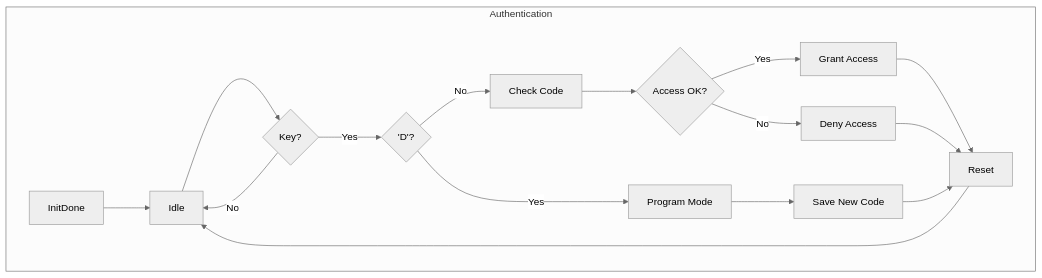
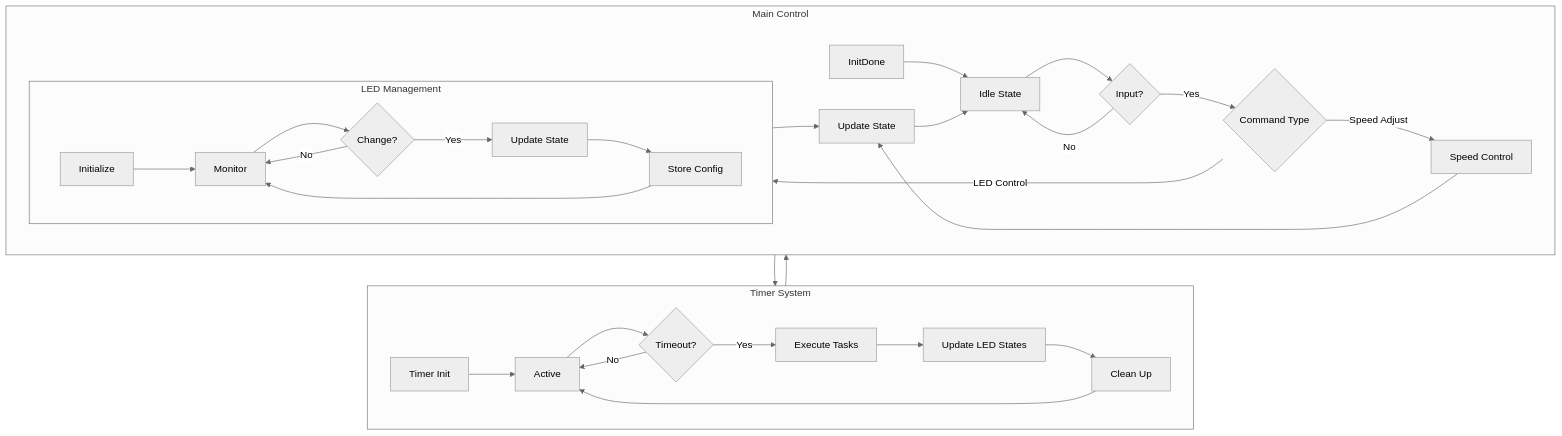
Before and after one commit to huntrese/Embedded_systems: the seventh of 7 diagrams in README.md, drawn with Mermaid (neutral theme). The commit also changed other lines of this file and 19 other files, not shown here.

````diff
--- a/README.md
+++ b/README.md
@@ -685,20 +706,43 @@
 ```mermaid
 flowchart TD
     
-    %% Authentication Loop (Bottom)
-    subgraph Auth["Authentication"]
+    %% Main Control Loop (Top)
+    subgraph Main["Main Control"]
         direction LR
-        InitDone --> Idle["Idle"]
-        Idle --> KeyPress{"Key?"}
-        KeyPress -->|No| Idle
-        KeyPress -->|Yes| Special{"'D'"?}
-        Special -->|No| Check["Check Code"]
-        Special -->|Yes| Program["Program Mode"]
-        Check --> Access{"Access OK?"}
-        Access -->|Yes| Grant["Grant Access"]
-        Access -->|No| Deny["Deny Access"]
-        Program --> Save["Save New Code"]
-        Grant & Deny & Save --> Reset["Reset"]
-        Reset --> Idle
+        InitDone --> Idle["Idle State"]
+        Idle --> Input{"Input?"}
+        Input -->|No| Idle
+        Input -->|Yes| Command{"Command Type"}
+        Command -->|"LED Control"| LED["LED Control"]
+        Command -->|"Speed Adjust"| Speed["Speed Control"]
+        LED --> Update["Update State"]
+        Speed --> Update
+        Update --> Idle
     end
+    
+    %% Timer Management (Middle)
+    subgraph Timer["Timer System"]
+        direction LR
+        TInit["Timer Init"] --> TActive["Active"]
+        TActive --> TCheck{"Timeout?"}
+        TCheck -->|No| TActive
+        TCheck -->|Yes| TaskExec["Execute Tasks"]
+        TaskExec --> UpdateDict["Update LED States"]
+        UpdateDict --> Cleanup["Clean Up"]
+        Cleanup --> TActive
+    end
+    
+    %% LED Control System (Bottom)
+    subgraph LED["LED Management"]
+        direction LR
+        LInit["Initialize"] --> LMonitor["Monitor"]
+        LMonitor --> LCheck{"Change?"}
+        LCheck -->|No| LMonitor
+        LCheck -->|Yes| LUpdate["Update State"]
+        LUpdate --> LStore["Store Config"]
+        LStore --> LMonitor
+    end
+    
+    Main --> Timer
+    Timer --> LED
 ```
````
